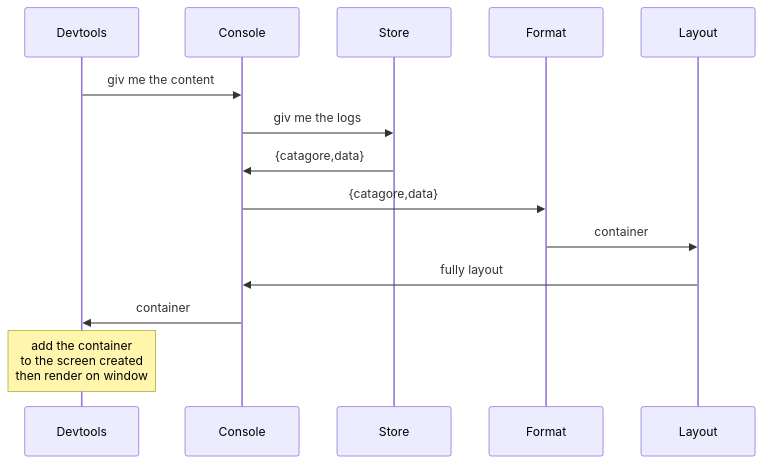
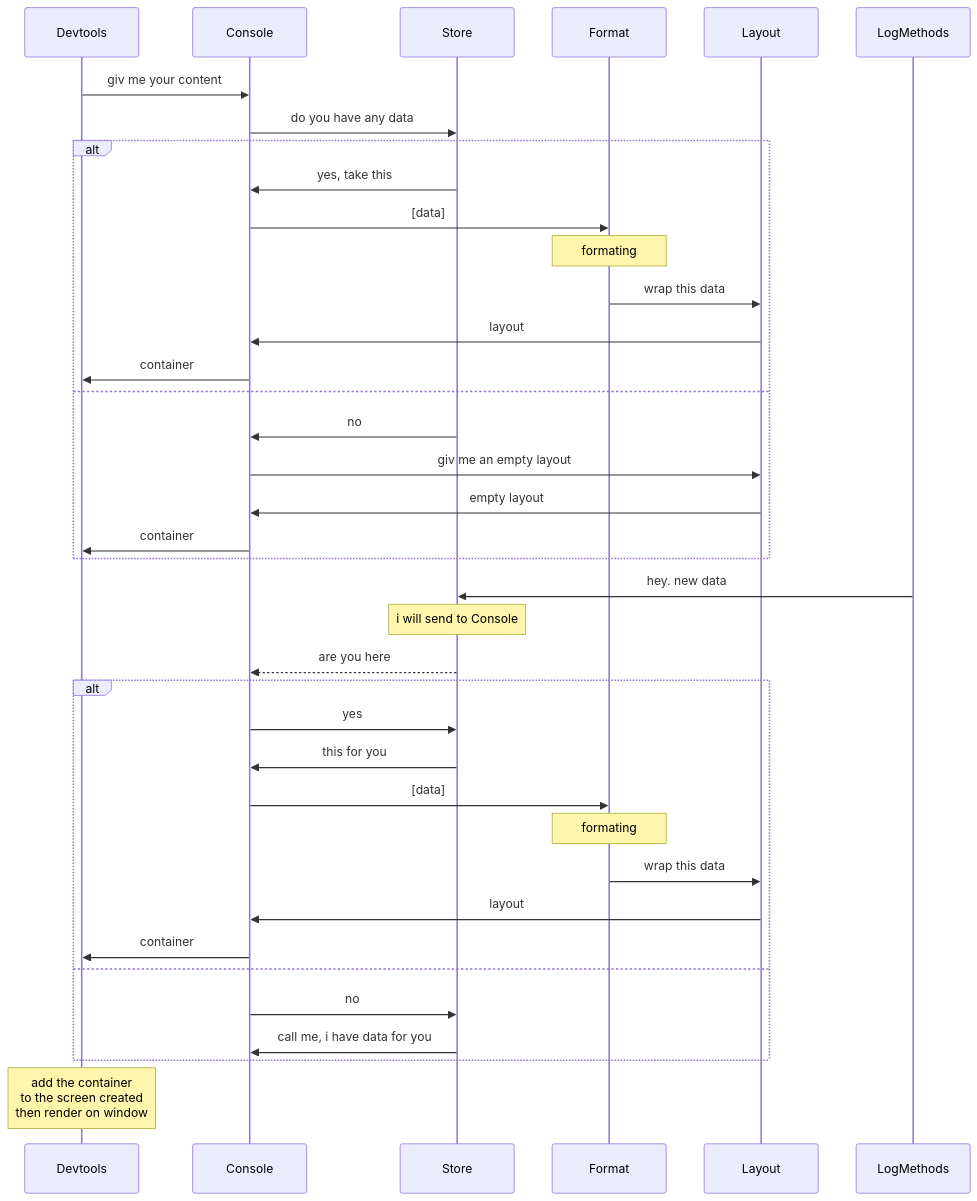
The second of 2 diagrams in README.md (moo-m/MDev), drawn with Mermaid before and after one commit.

````diff
--- a/README.md
+++ b/README.md
@@ -135,17 +135,53 @@
 ```mermaid
 sequenceDiagram
 participant Devtools
 participant Console
 participant Store
 participant Format
 participant Layout
+participant LogMethods
 
-Devtools->>Console:giv me the content
-Console ->> Store:giv me the logs
-Store ->> Console:{catagore,data}
-Console ->> Format:{catagore,data}
-Format ->> Layout:container
-Layout ->> Console:fully layout
+Devtools->>Console:giv me your content
+Console ->> Store:do you have any data
+
+alt
+Store->>Console:yes, take this
+Console ->> Format:[data]
+Note over Format:formating
+Format ->> Layout:wrap this data
+Layout ->> Console:layout
 Console ->>Devtools:container
+
+else
+
+Store->>Console:no
+Console->>Layout:giv me an empty layout
+Layout ->> Console:empty layout
+Console ->>Devtools:container
+
+end
+
+LogMethods->>Store:hey. new data
+Note over Store:i will send to Console
+Store -->> Console: are you here 
+
+alt
+
+Console->>Store:yes
+Store ->>Console:this for you
+Console ->> Format:[data]
+Note over Format:formating
+Format ->> Layout:wrap this data
+Layout ->> Console:layout
+Console ->>Devtools:container
+
+else
+
+Console->>Store:no
+Store ->>Console:call me, i have data for you
+
+end
+
 Note over Devtools:add the container <br/>to the screen created <br/>then render on window
+
 ```
````
